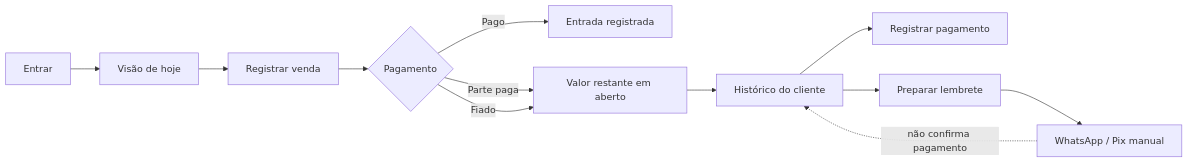
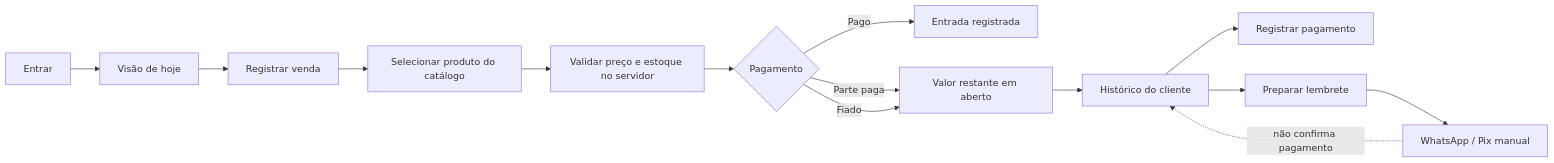
The diagram in README.md (adrianohsnegrao/semcaderno), drawn with Mermaid before and after one commit. The commit also changed other lines of this file and 31 other files, not shown here.

````diff
--- a/README.md
+++ b/README.md
@@ -123,14 +127,16 @@
 ```mermaid
 flowchart LR
     A[Entrar] --> B[Visão de hoje]
     B --> C[Registrar venda]
-    C --> D{Pagamento}
+    C --> K[Selecionar produto do catálogo]
+    K --> L[Validar preço e estoque no servidor]
+    L --> D{Pagamento}
     D -->|Pago| E[Entrada registrada]
     D -->|Parte paga| F[Valor restante em aberto]
     D -->|Fiado| F
     F --> G[Histórico do cliente]
     G --> H[Registrar pagamento]
     G --> I[Preparar lembrete]
     I --> J[WhatsApp / Pix manual]
     J -. não confirma pagamento .-> G
 ```
````
